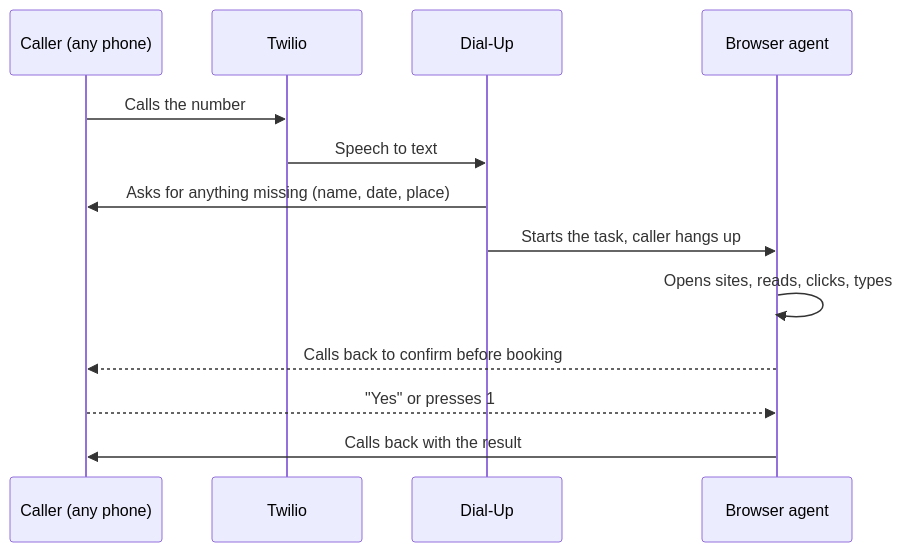
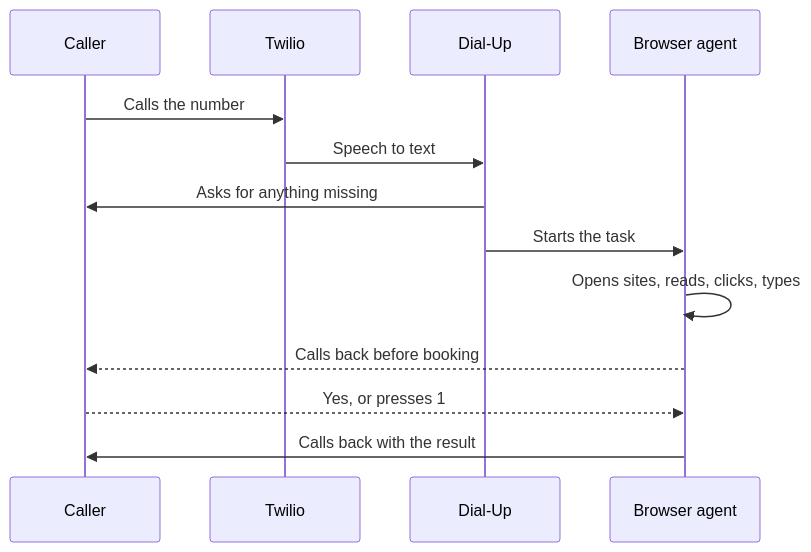
The diagram in README.md (Kanwar-Ghuman/DialUp), drawn with Mermaid before and after one commit. The commit also changed other lines of this file, not shown here.

````diff
--- a/README.md
+++ b/README.md
@@ -44,16 +55,16 @@
 ```mermaid
 sequenceDiagram
-    participant C as Caller (any phone)
+    participant C as Caller
     participant T as Twilio
     participant D as Dial-Up
     participant B as Browser agent
 
     C->>T: Calls the number
     T->>D: Speech to text
-    D->>C: Asks for anything missing (name, date, place)
-    D->>B: Starts the task, caller hangs up
+    D->>C: Asks for anything missing
+    D->>B: Starts the task
     B->>B: Opens sites, reads, clicks, types
-    B-->>C: Calls back to confirm before booking
-    C-->>B: "Yes" or presses 1
+    B-->>C: Calls back before booking
+    C-->>B: Yes, or presses 1
     B->>C: Calls back with the result
 ```
````
